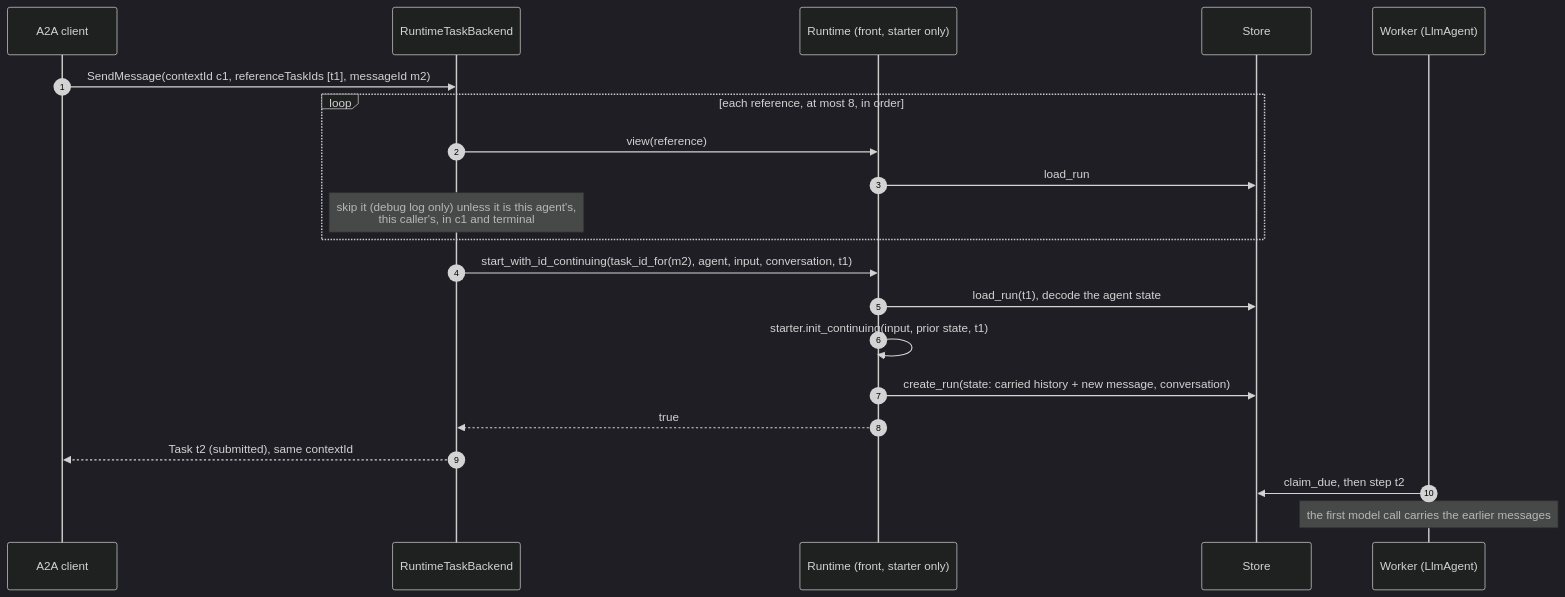
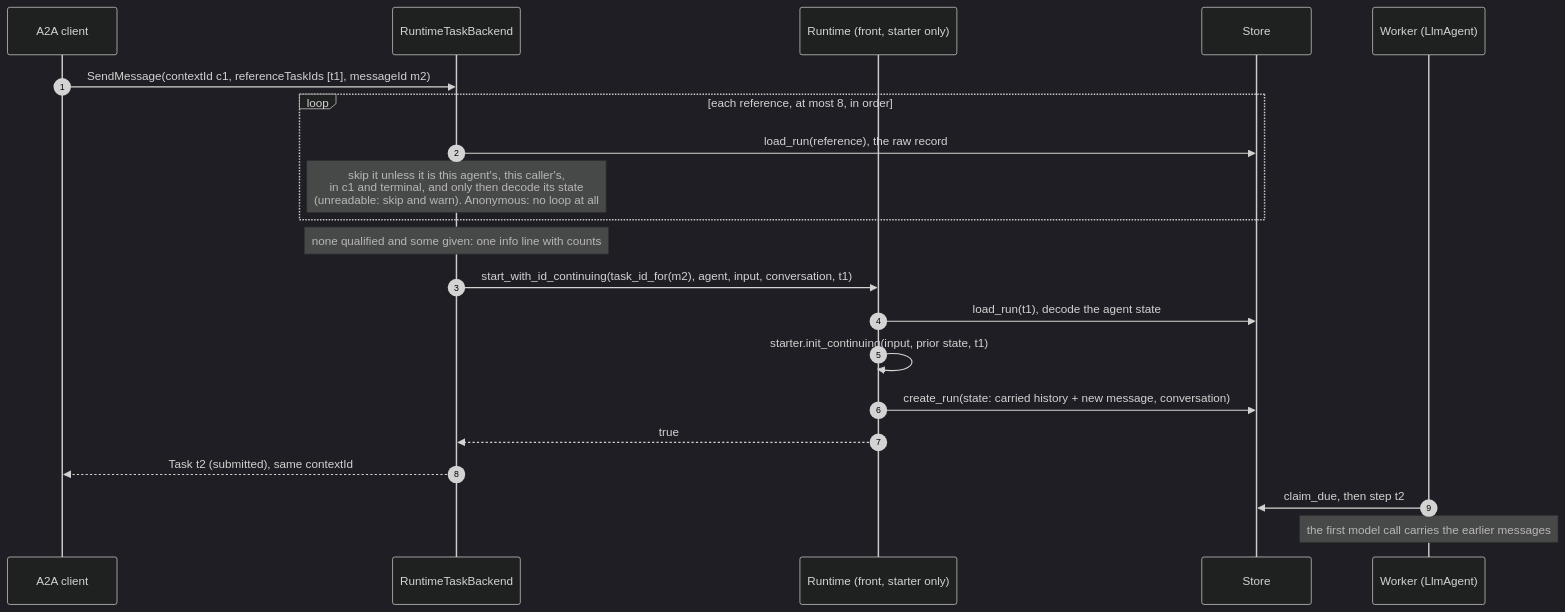
Before and after one commit to vymalo/another-adam-rs: the first of 2 diagrams in docs/decisions/0003-a-new-task-continues-the-task-it-references.md, drawn with Mermaid (dark theme). The commit also changed other lines of this file and 6 other files, not shown here.

````diff
--- a/docs/decisions/0003-a-new-task-continues-the-task-it-references.md
+++ b/docs/decisions/0003-a-new-task-continues-the-task-it-references.md
@@ -102,24 +153,24 @@
 ```mermaid
 sequenceDiagram
     autonumber
     participant C as A2A client
     participant B as RuntimeTaskBackend
     participant R as Runtime (front, starter only)
     participant DB as Store
     participant W as Worker (LlmAgent)
 
     C->>B: SendMessage(contextId c1, referenceTaskIds [t1], messageId m2)
     loop each reference, at most 8, in order
-        B->>R: view(reference)
-        R->>DB: load_run
-        Note over B: skip it (debug log only) unless it is this agent's,<br/>this caller's, in c1 and terminal
+        B->>DB: load_run(reference), the raw record
+        Note over B: skip it unless it is this agent's, this caller's,<br/>in c1 and terminal, and only then decode its state<br/>(unreadable: skip and warn). Anonymous: no loop at all
     end
+    Note over B: none qualified and some given: one info line with counts
     B->>R: start_with_id_continuing(task_id_for(m2), agent, input, conversation, t1)
     R->>DB: load_run(t1), decode the agent state
     R->>R: starter.init_continuing(input, prior state, t1)
     R->>DB: create_run(state: carried history + new message, conversation)
     R-->>B: true
     B-->>C: Task t2 (submitted), same contextId
     W->>DB: claim_due, then step t2
     Note over W: the first model call carries the earlier messages
 ```
````
